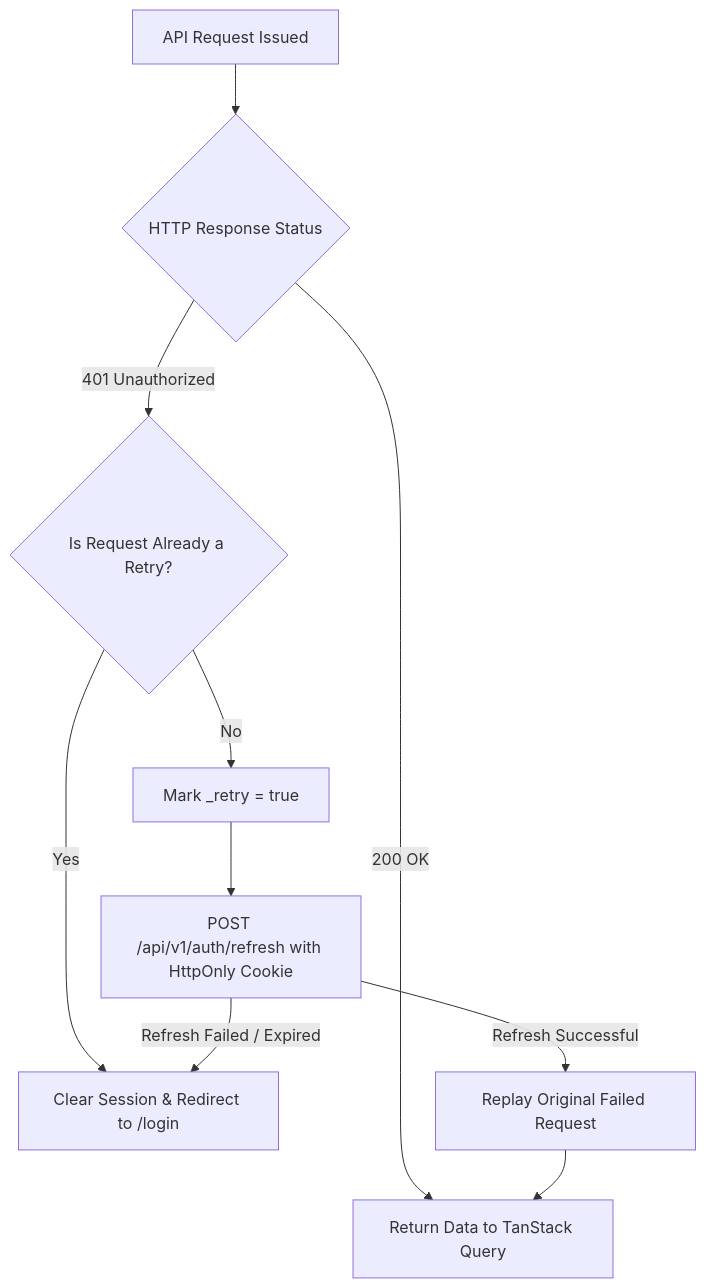
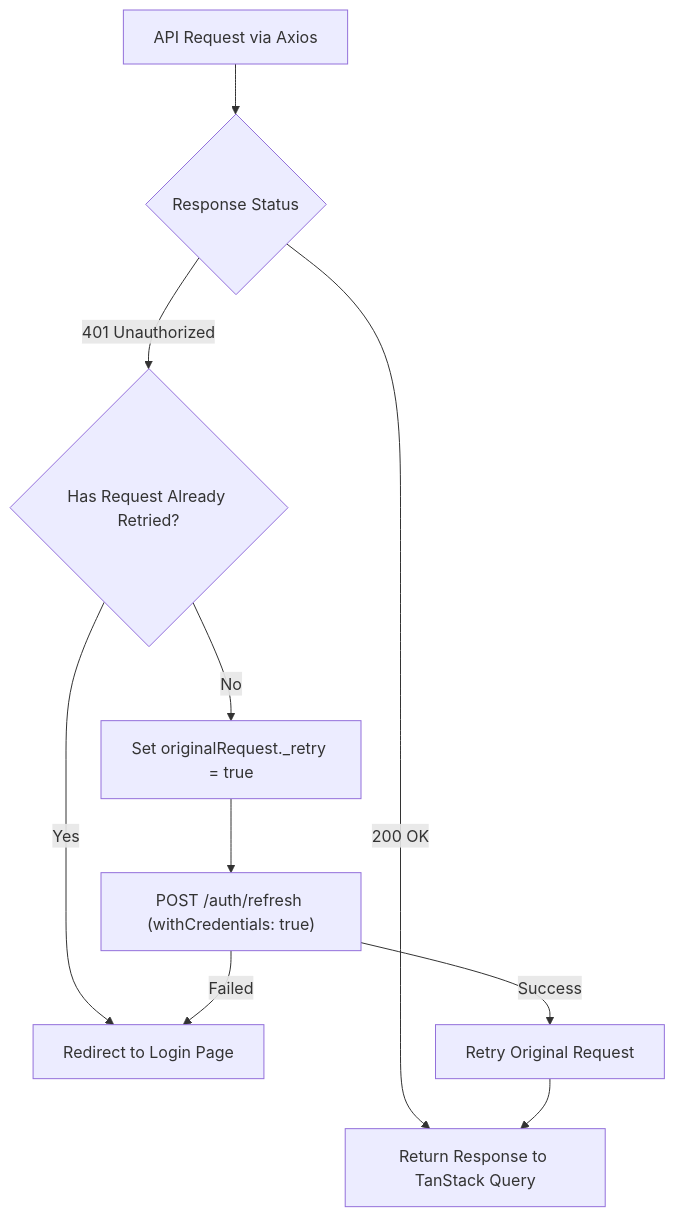
One commit to Nasif284/Voymate-client changed the second of 2 diagrams in README.md. Above: the diagram before and after it, drawn with Mermaid. The commit also changed other lines of this file, not shown here.

Commit message:
docs: update client readme with accurate architecture and implementation details

````diff
--- a/README.md
+++ b/README.md
@@ -120,12 +87,12 @@
 ```mermaid
 flowchart TD
-    A["API Request Issued"] --> B{"HTTP Response Status"}
-    B -->|200 OK| C["Return Data to TanStack Query"]
-    B -->|401 Unauthorized| D{"Is Request Already a Retry?"}
-    D -->|Yes| E["Clear Session & Redirect to /login"]
-    D -->|No| F["Mark _retry = true"]
-    F --> G["POST /api/v1/auth/refresh with HttpOnly Cookie"]
-    G -->|Refresh Successful| H["Replay Original Failed Request"]
-    G -->|Refresh Failed / Expired| E
+    A["API Request via Axios"] --> B{"Response Status"}
+    B -->|200 OK| C["Return Response to TanStack Query"]
+    B -->|401 Unauthorized| D{"Has Request Already Retried?"}
+    D -->|Yes| E["Redirect to Login Page"]
+    D -->|No| F["Set originalRequest._retry = true"]
+    F --> G["POST /auth/refresh (withCredentials: true)"]
+    G -->|Success| H["Retry Original Request"]
+    G -->|Failed| E
     H --> C
 ```
````
